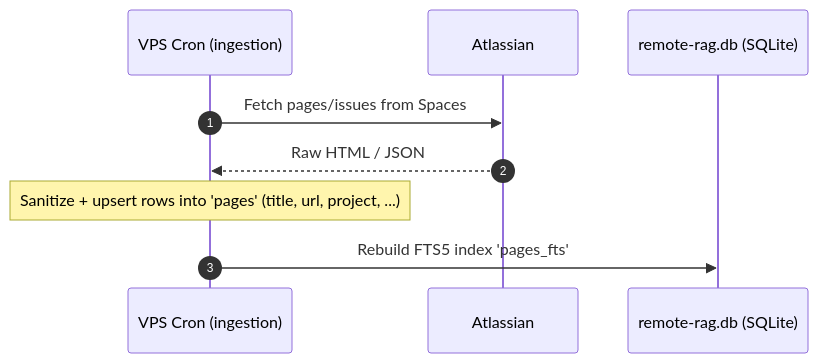
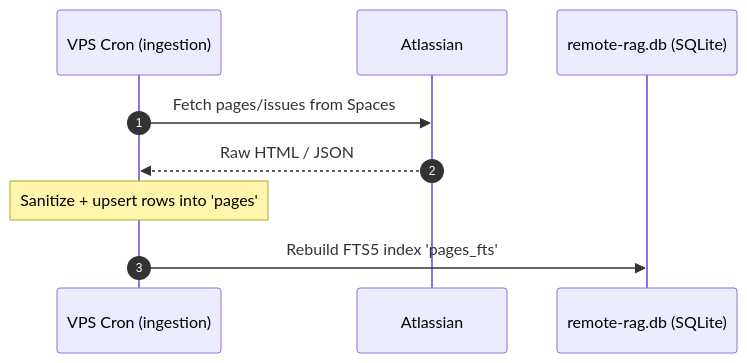
Before and after one commit to cachep-xidau/MCP-server: the third of 5 diagrams in README.md, drawn with Mermaid. The commit also changed other lines of this file, not shown here.

First line of the commit message:
docs: use C4Container diagram and trim README

````diff
--- a/README.md
+++ b/README.md
@@ -98,12 +89,12 @@
 ```mermaid
 sequenceDiagram
     autonumber
     participant Cron as VPS Cron (ingestion)
     participant Atlas as Atlassian
     participant DB as remote-rag.db (SQLite)
 
     Cron->>Atlas: Fetch pages/issues from Spaces
     Atlas-->>Cron: Raw HTML / JSON
-    Note over Cron: Sanitize + upsert rows into 'pages' (title, url, project, ...)
+    Note over Cron: Sanitize + upsert rows into 'pages'
     Cron->>DB: Rebuild FTS5 index 'pages_fts'
 ```
````
